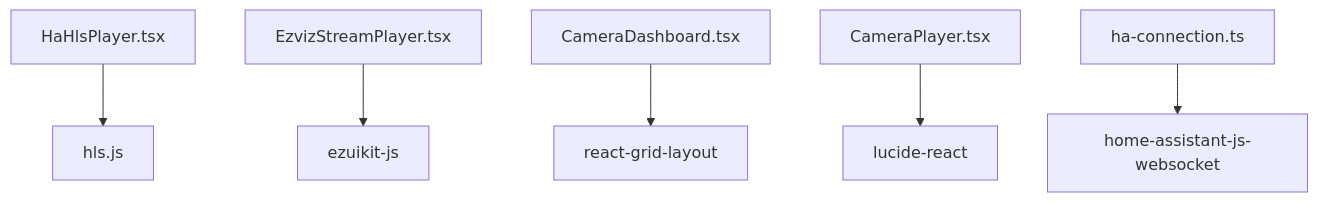
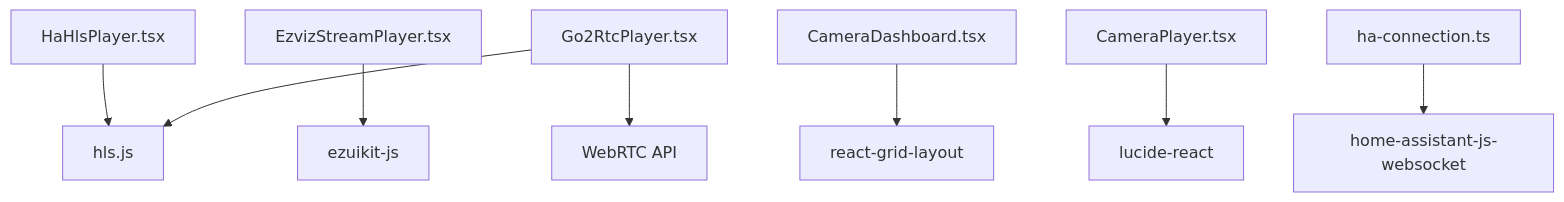
One commit to skyeyinkun/HAUI changed the sixth of 6 diagrams in .qoder/repowiki/zh/content/摄像头监控系统/摄像头监控系统.md. Above: the diagram before and after it, drawn with Mermaid. The commit also changed other lines of this file and 23 other files, not shown here.

````diff
--- a/.qoder/repowiki/zh/content/摄像头监控系统/摄像头监控系统.md
+++ b/.qoder/repowiki/zh/content/摄像头监控系统/摄像头监控系统.md
@@ -289,8 +344,10 @@
 ```mermaid
 graph TB
 HHP["HaHlsPlayer.tsx"] --> HLS["hls.js"]
 ESP["EzvizStreamPlayer.tsx"] --> EZUI["ezuikit-js"]
+GRP["Go2RtcPlayer.tsx"] --> WEBRTC["WebRTC API"]
+GRP --> HLS
 CD["CameraDashboard.tsx"] --> RGL["react-grid-layout"]
 CP["CameraPlayer.tsx"] --> LUCIDE["lucide-react"]
 HAC["ha-connection.ts"] --> HAWS["home-assistant-js-websocket"]
 ```
````
